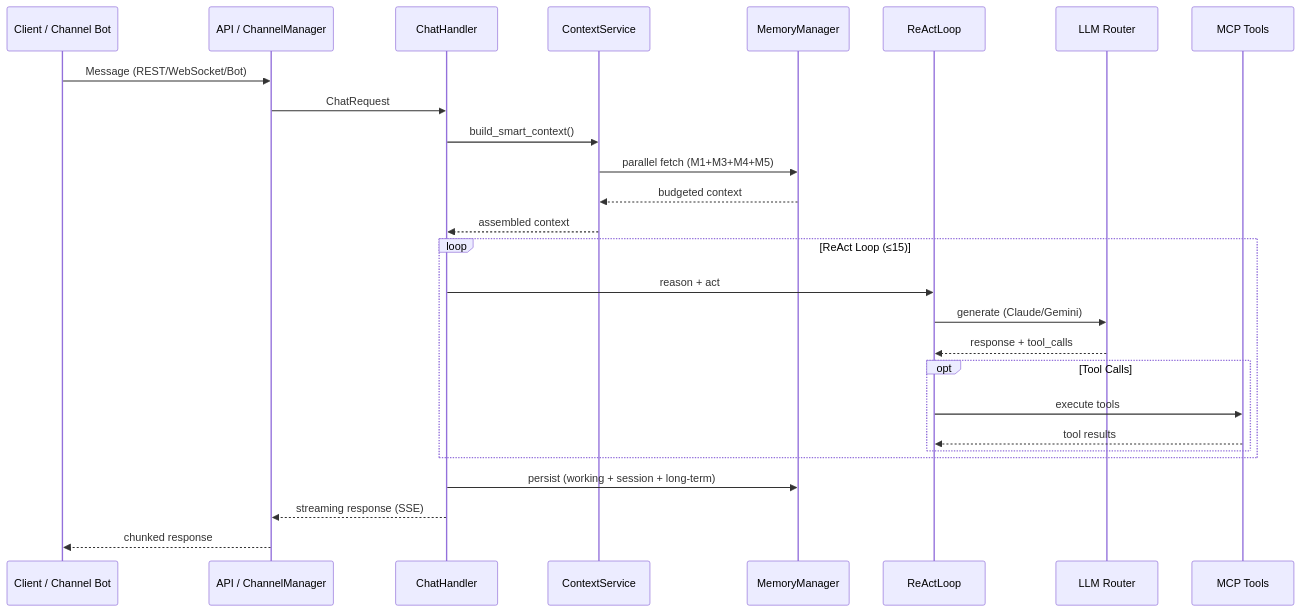
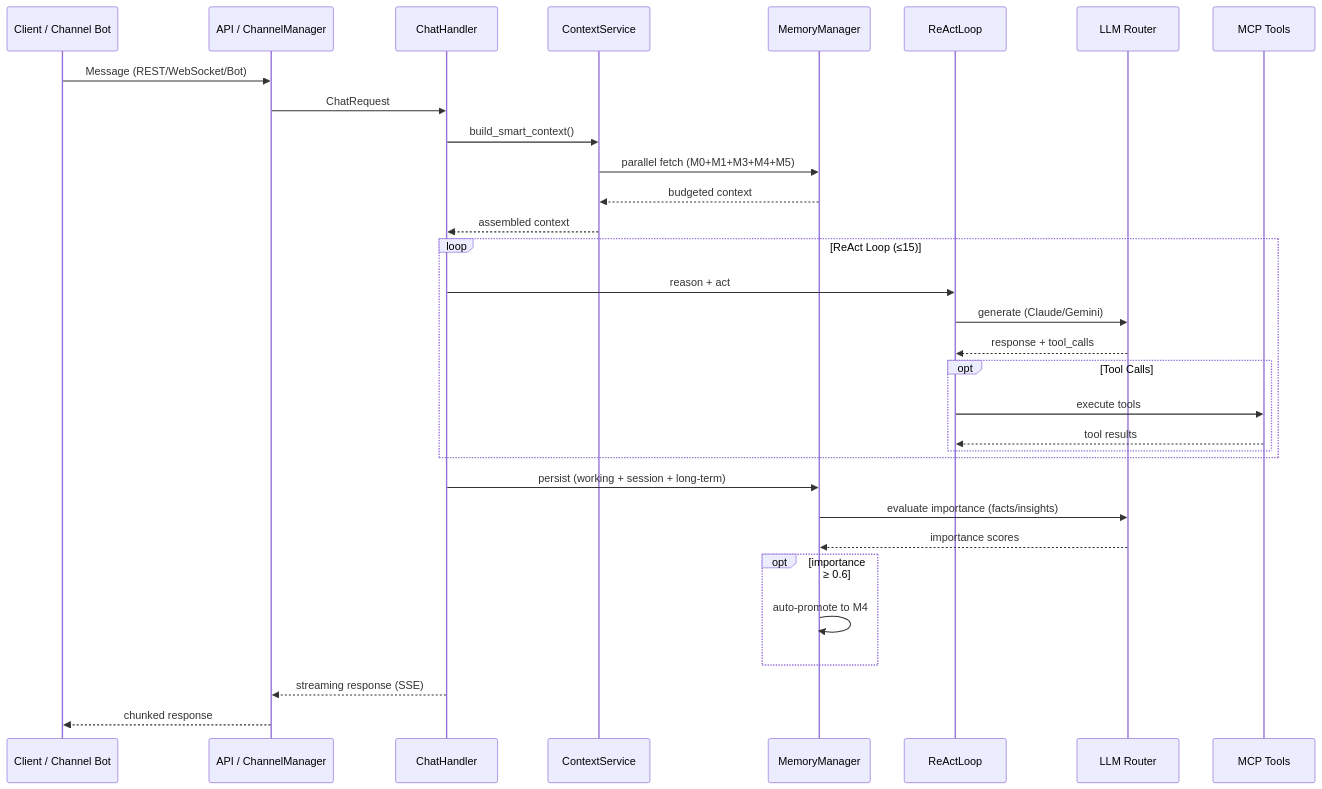
One commit to NorthProt-Inc/axel-backend changed the second of 6 diagrams in README.md. Above: the diagram before and after it, drawn with Mermaid. The commit also changed other lines of this file, not shown here.

````diff
--- a/README.md
+++ b/README.md
@@ -121,32 +126,37 @@
 ```mermaid
 sequenceDiagram
     participant C as Client / Channel Bot
     participant A as API / ChannelManager
     participant CH as ChatHandler
     participant CS as ContextService
     participant MM as MemoryManager
     participant RL as ReActLoop
     participant LLM as LLM Router
     participant MCP as MCP Tools
 
     C->>A: Message (REST/WebSocket/Bot)
     A->>CH: ChatRequest
     CH->>CS: build_smart_context()
-    CS->>MM: parallel fetch (M1+M3+M4+M5)
+    CS->>MM: parallel fetch (M0+M1+M3+M4+M5)
     MM-->>CS: budgeted context
     CS-->>CH: assembled context
 
     loop ReAct Loop (≤15)
         CH->>RL: reason + act
         RL->>LLM: generate (Claude/Gemini)
         LLM-->>RL: response + tool_calls
         opt Tool Calls
             RL->>MCP: execute tools
             MCP-->>RL: tool results
         end
     end
 
     CH->>MM: persist (working + session + long-term)
+    MM->>LLM: evaluate importance (facts/insights)
+    LLM-->>MM: importance scores
+    opt importance ≥ 0.6
+        MM->>MM: auto-promote to M4
+    end
     CH-->>A: streaming response (SSE)
     A-->>C: chunked response
 ```
````
